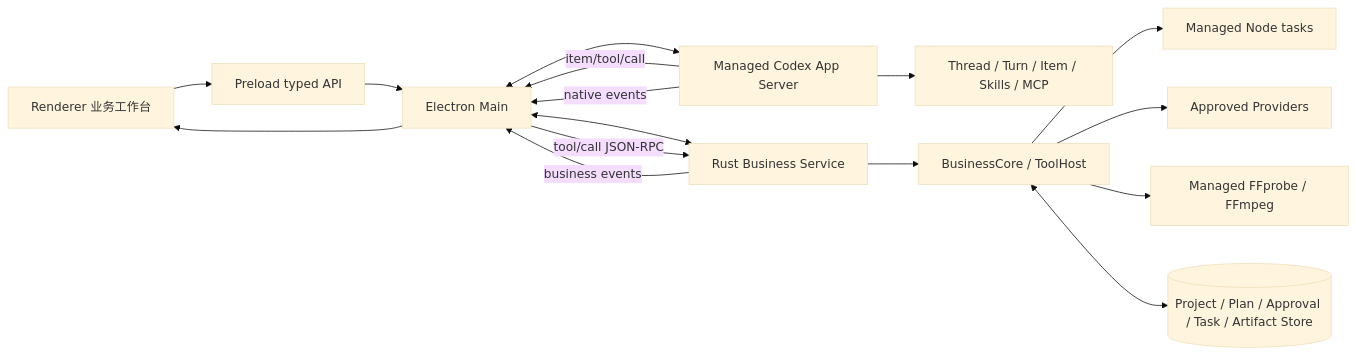
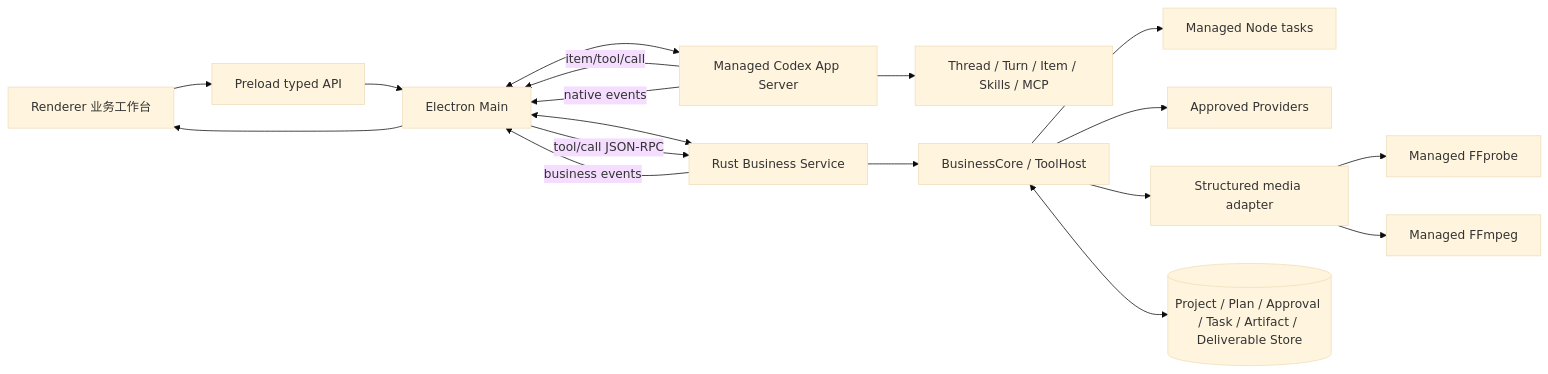
The first of 2 diagrams in internal/aiprompts/architecture.md (limecloud/limeshot), drawn with Mermaid (base theme) before and after one commit. The commit also changed other lines of this file and 53 other files, not shown here.

````diff
--- a/internal/aiprompts/architecture.md
+++ b/internal/aiprompts/architecture.md
@@ -8,22 +8,24 @@
 ```mermaid
 flowchart LR
     UI[Renderer 业务工作台] --> PRE[Preload typed API]
     PRE --> HOST[Electron Main]
 
     HOST <--> CODEX[Managed Codex App Server]
     HOST <--> BUSINESS[Rust Business Service]
 
     CODEX --> AGENT[Thread / Turn / Item / Skills / MCP]
     CODEX -->|item/tool/call| HOST
     HOST -->|tool/call JSON-RPC| BUSINESS
 
     BUSINESS --> CORE[BusinessCore / ToolHost]
     CORE --> NODE[Managed Node tasks]
     CORE --> PROVIDER[Approved Providers]
-    CORE --> MEDIA[Managed FFprobe / FFmpeg]
-    CORE <--> STORE[(Project / Plan / Approval / Task / Artifact Store)]
+    CORE --> MEDIA[Structured media adapter]
+    MEDIA --> FFPROBE[Managed FFprobe]
+    MEDIA --> FFMPEG[Managed FFmpeg]
+    CORE <--> STORE[(Project / Plan / Approval / Task / Artifact / Deliverable Store)]
 
     CODEX -->|native events| HOST
     BUSINESS -->|business events| HOST
     HOST --> UI
 ```
````
